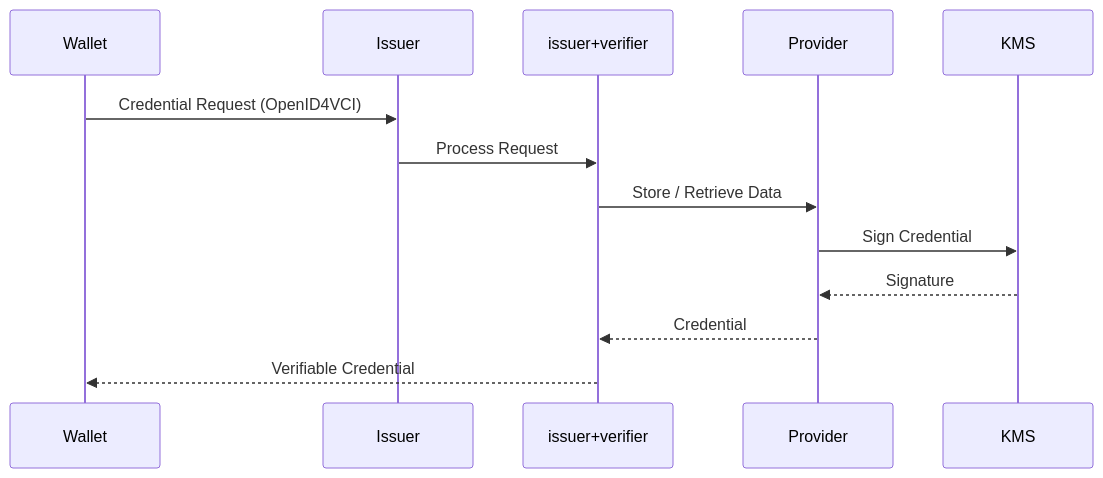
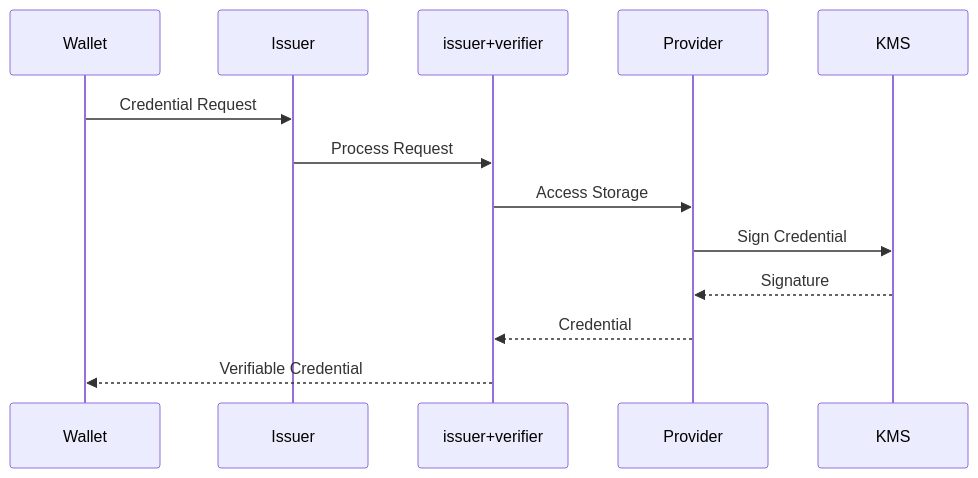
The third of 5 diagrams in docs/en/architecture-overview.md (trustknots/vcknots), drawn with Mermaid before and after one commit. The commit also changed other lines of this file and 1 other file, not shown here.

Commit message:
docs: transrate architecture overview

````diff
--- a/docs/en/architecture-overview.md
+++ b/docs/en/architecture-overview.md
@@ -105,23 +109,23 @@
 ```mermaid
 sequenceDiagram
 
-    participant Holder as Wallet
+    participant Wallet
     participant Issuer
     participant Library as issuer+verifier
     participant Provider
     participant KMS
 
-    Holder->>Issuer: Credential Request (OpenID4VCI)
+    Wallet->>Issuer: Credential Request
 
     Issuer->>Library: Process Request
 
-    Library->>Provider: Store / Retrieve Data
+    Library->>Provider: Access Storage
 
     Provider->>KMS: Sign Credential
 
     KMS-->>Provider: Signature
 
     Provider-->>Library: Credential
 
-    Library-->>Holder: Verifiable Credential
+    Library-->>Wallet: Verifiable Credential
 ```
````
